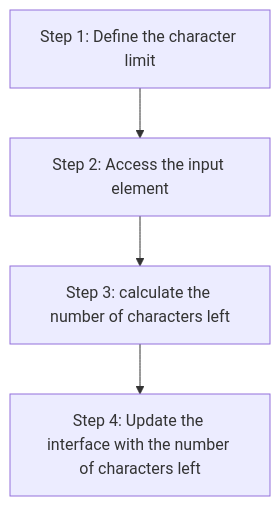
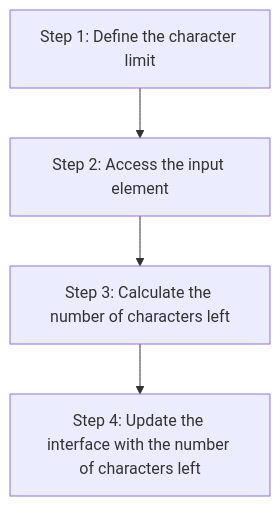
The diagram in content/js2/blocks/events/index.md (CodeYourFuture/curriculum), drawn with Mermaid before and after one commit.

Commit message:
improve strategy for solving problem

````diff
--- a/content/js2/blocks/events/index.md
+++ b/content/js2/blocks/events/index.md
@@ -13,4 +13,4 @@
 ```mermaid
 flowchart TD
-A[Step 1: Define the character limit] --> B[Step 2: Access the input element] --> C[Step 3: calculate the number of characters left] --> D[Step 4: Update the interface with the number of characters left]
+A[Step 1: Define the character limit] --> B[Step 2: Access the input element] --> C[Step 3: Calculate the number of characters left] --> D[Step 4: Update the interface with the number of characters left]
 ```
````
